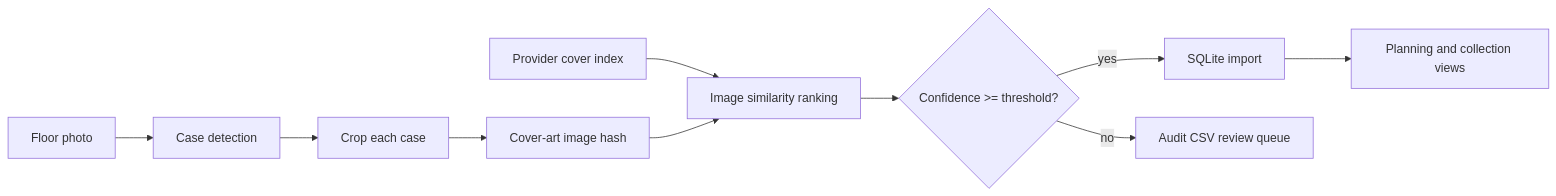
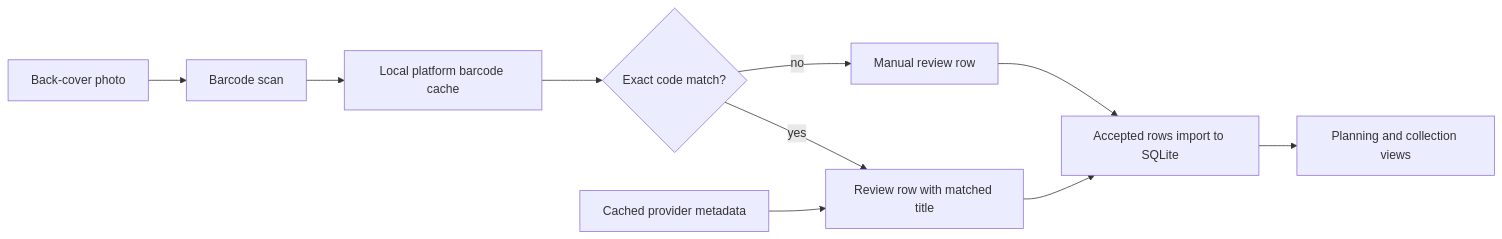
The diagram in docs/architecture.md (connectjeff/game-collection), drawn with Mermaid before and after one commit. The commit also changed other lines of this file and 11 other files, not shown here.

Commit message:
Use barcode-only photo ingest

````diff
--- a/docs/architecture.md
+++ b/docs/architecture.md
@@ -18,12 +18,12 @@
 ```mermaid
 flowchart LR
-    A["Floor photo"] --> B["Case detection"]
-    B --> C["Crop each case"]
-    C --> D["Cover-art image hash"]
-    K["Provider cover index"] --> F["Image similarity ranking"]
-    D --> F
-    F --> G{"Confidence >= threshold?"}
-    G -->|yes| H["SQLite import"]
-    G -->|no| I["Audit CSV review queue"]
-    H --> J["Planning and collection views"]
+    A["Back-cover photo"] --> B["Barcode scan"]
+    B --> C["Local platform barcode cache"]
+    C --> D{"Exact code match?"}
+    D -->|yes| E["Review row with matched title"]
+    D -->|no| F["Manual review row"]
+    G["Cached provider metadata"] --> E
+    E --> H["Accepted rows import to SQLite"]
+    F --> H
+    H --> I["Planning and collection views"]
 ```
````
